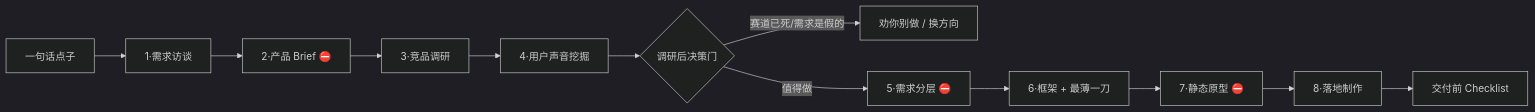
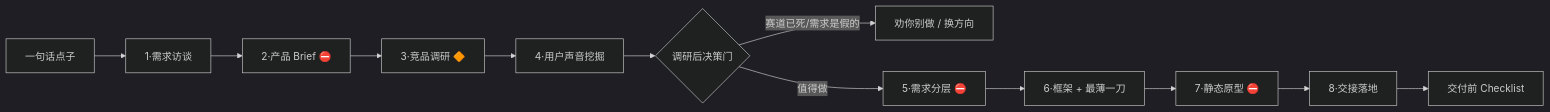
The diagram in README.md (3091485956-png/Vibe_helper), drawn with Mermaid (dark theme) before and after one commit. The commit also changed other lines of this file and 6 other files, not shown here.

````diff
--- a/README.md
+++ b/README.md
@@ -22,14 +24,14 @@
 ```mermaid
 flowchart LR
     A[一句话点子] --> S1[1·需求访谈]
     S1 --> S2[2·产品 Brief ⛔]
-    S2 --> S3[3·竞品调研]
+    S2 --> S3[3·竞品调研 🔶]
     S3 --> S4[4·用户声音挖掘]
     S4 --> G{调研后决策门}
     G -- 赛道已死/需求是假的 --> X[劝你别做 / 换方向]
     G -- 值得做 --> S5[5·需求分层 ⛔]
     S5 --> S6[6·框架 + 最薄一刀]
     S6 --> S7[7·静态原型 ⛔]
-    S7 --> S8[8·落地制作]
+    S7 --> S8[8·交接落地]
     S8 --> D[交付前 Checklist]
 ```
````
